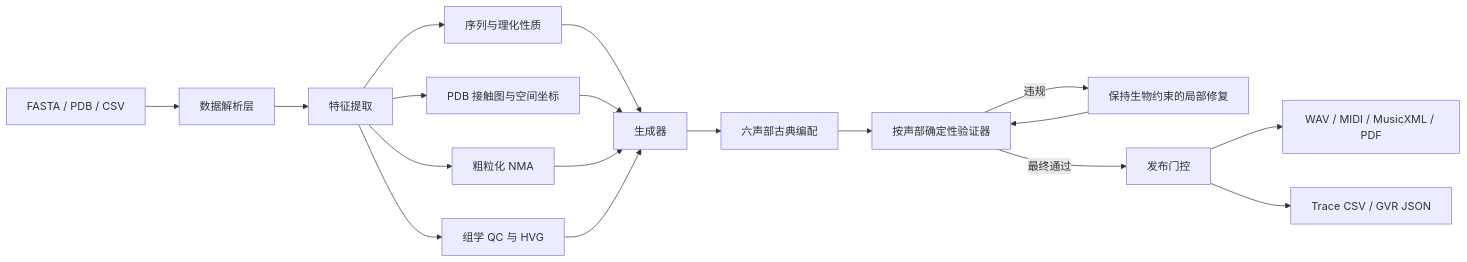
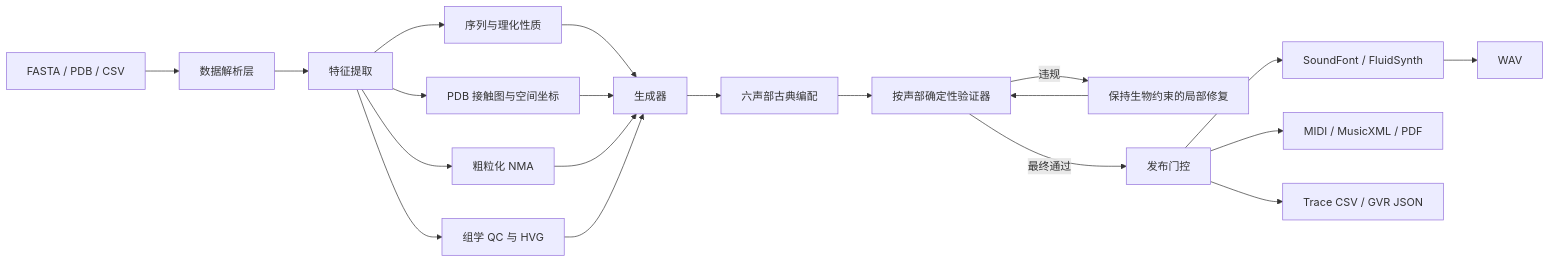
The diagram in 音乐工具开发/README.md (Sarielingensokyo/------), drawn with Mermaid before and after one commit. The commit also changed other lines of this file and 33 other files, not shown here.

````diff
--- a/音乐工具开发/README.md
+++ b/音乐工具开发/README.md
@@ -24,20 +24,22 @@
 ```mermaid
 flowchart LR
     A[FASTA / PDB / CSV] --> B[数据解析层]
     B --> C[特征提取]
     C --> C1[序列与理化性质]
     C --> C2[PDB 接触图与空间坐标]
     C --> C3[粗粒化 NMA]
     C --> C4[组学 QC 与 HVG]
     C1 --> D[生成器]
     C2 --> D
     C3 --> D
     C4 --> D
     D --> D2[六声部古典编配]
     D2 --> E[按声部确定性验证器]
     E -->|违规| F[保持生物约束的局部修复]
     F --> E
     E -->|最终通过| G[发布门控]
-    G --> H[WAV / MIDI / MusicXML / PDF]
+    G --> S[SoundFont / FluidSynth]
+    S --> H[WAV]
+    G --> H2[MIDI / MusicXML / PDF]
     G --> I[Trace CSV / GVR JSON]
 ```
````
